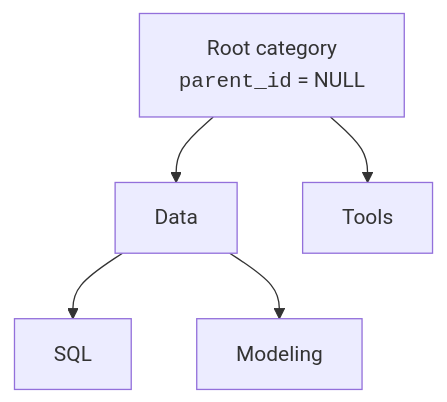
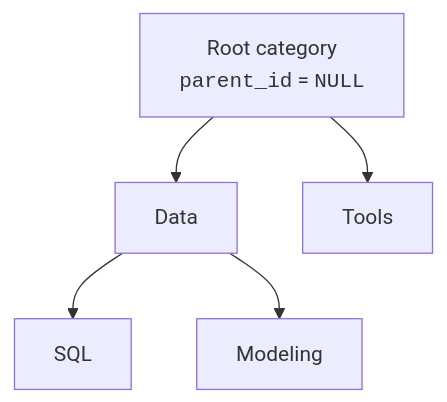
The fifth of 6 diagrams in content/courses/database-design-postgresql/self-referencing-relationships.mdx (dataslope/dataslope), drawn with Mermaid before and after one commit. The commit also changed other lines of this file and 52 other files, not shown here.

First line of the commit message:
Set SQL keywords in mermaid labels as code, and 10 more breakdowns

````diff
--- a/content/courses/database-design-postgresql/self-referencing-relationships.mdx
+++ b/content/courses/database-design-postgresql/self-referencing-relationships.mdx
@@ -144,7 +144,7 @@
 ```mermaid
 flowchart TB
-    Root["Root category<br/><code>parent_id</code> = NULL"] --> Data["Data"]
+    Root["Root category<br/><code>parent_id</code> = <code>NULL</code>"] --> Data["Data"]
     Data --> SQL["SQL"]
     Data --> Modeling["Modeling"]
     Root --> Tools["Tools"]
 ```
````
